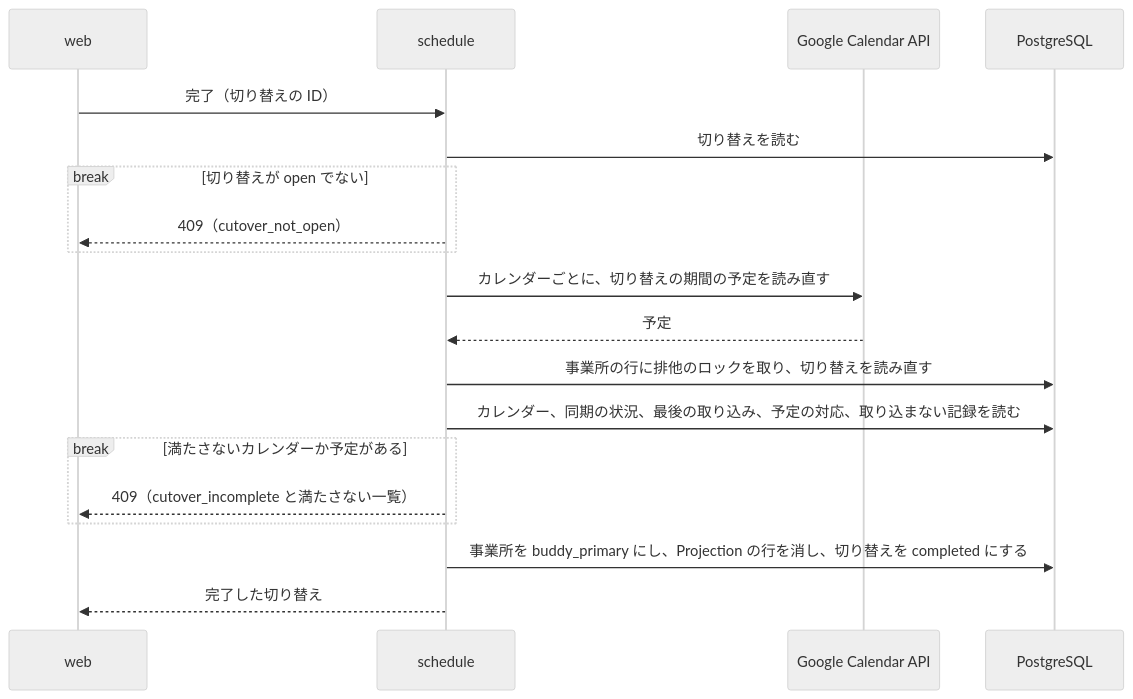
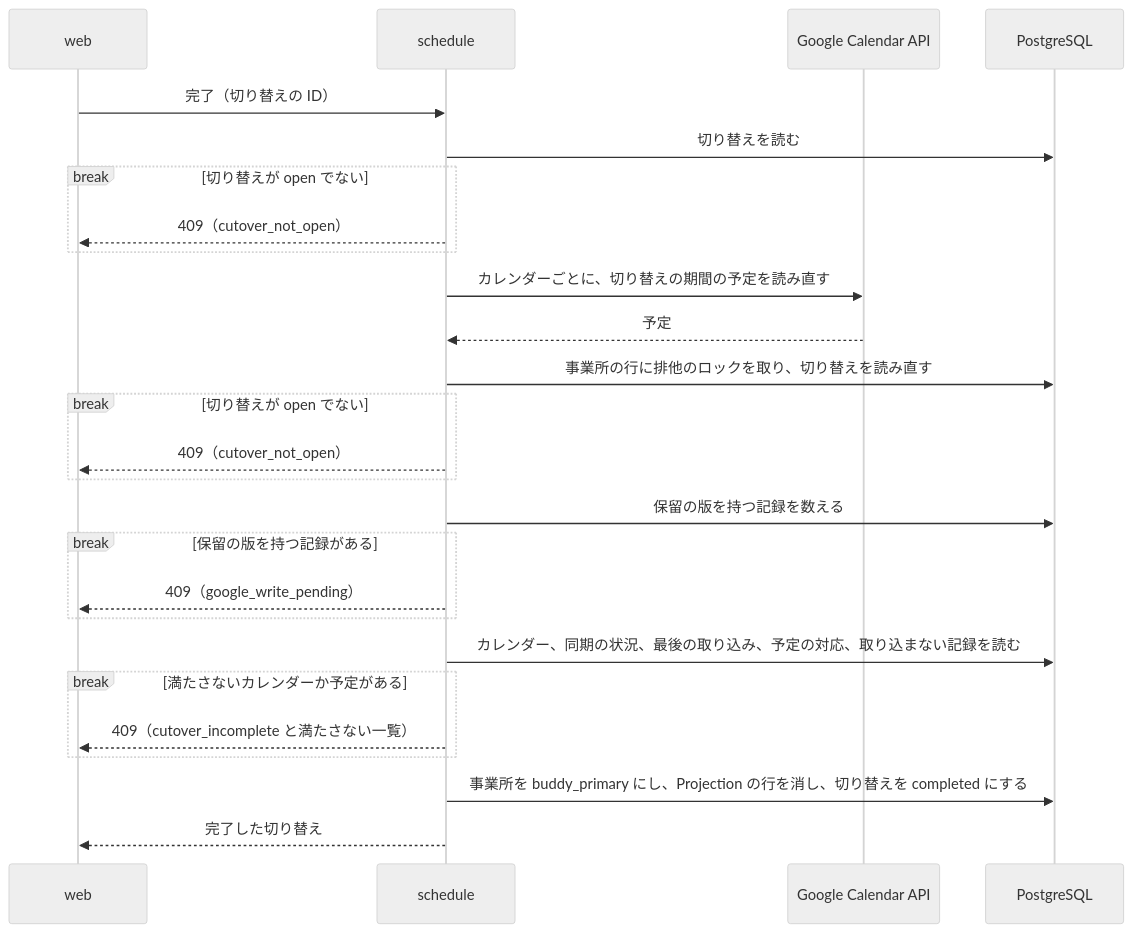
One commit to Fukuemon/buddy changed the second of 8 diagrams in services/schedule/internal/features/calendar/DesignDoc.md. Above: the diagram before and after it, drawn with Mermaid (neutral theme). The commit also changed other lines of this file and 21 other files, not shown here.

````diff
--- a/services/schedule/internal/features/calendar/DesignDoc.md
+++ b/services/schedule/internal/features/calendar/DesignDoc.md
@@ -346,21 +370,28 @@
 ```mermaid
 sequenceDiagram
   participant web
   participant api as schedule
   participant g as Google Calendar API
   participant db as PostgreSQL
   web->>api: 完了（切り替えの ID）
   api->>db: 切り替えを読む
   break 切り替えが open でない
     api-->>web: 409（cutover_not_open）
   end
   api->>g: カレンダーごとに、切り替えの期間の予定を読み直す
   g-->>api: 予定
   api->>db: 事業所の行に排他のロックを取り、切り替えを読み直す
+  break 切り替えが open でない
+    api-->>web: 409（cutover_not_open）
+  end
+  api->>db: 保留の版を持つ記録を数える
+  break 保留の版を持つ記録がある
+    api-->>web: 409（google_write_pending）
+  end
   api->>db: カレンダー、同期の状況、最後の取り込み、予定の対応、取り込まない記録を読む
   break 満たさないカレンダーか予定がある
     api-->>web: 409（cutover_incomplete と満たさない一覧）
   end
   api->>db: 事業所を buddy_primary にし、Projection の行を消し、切り替えを completed にする
   api-->>web: 完了した切り替え
 ```
````
